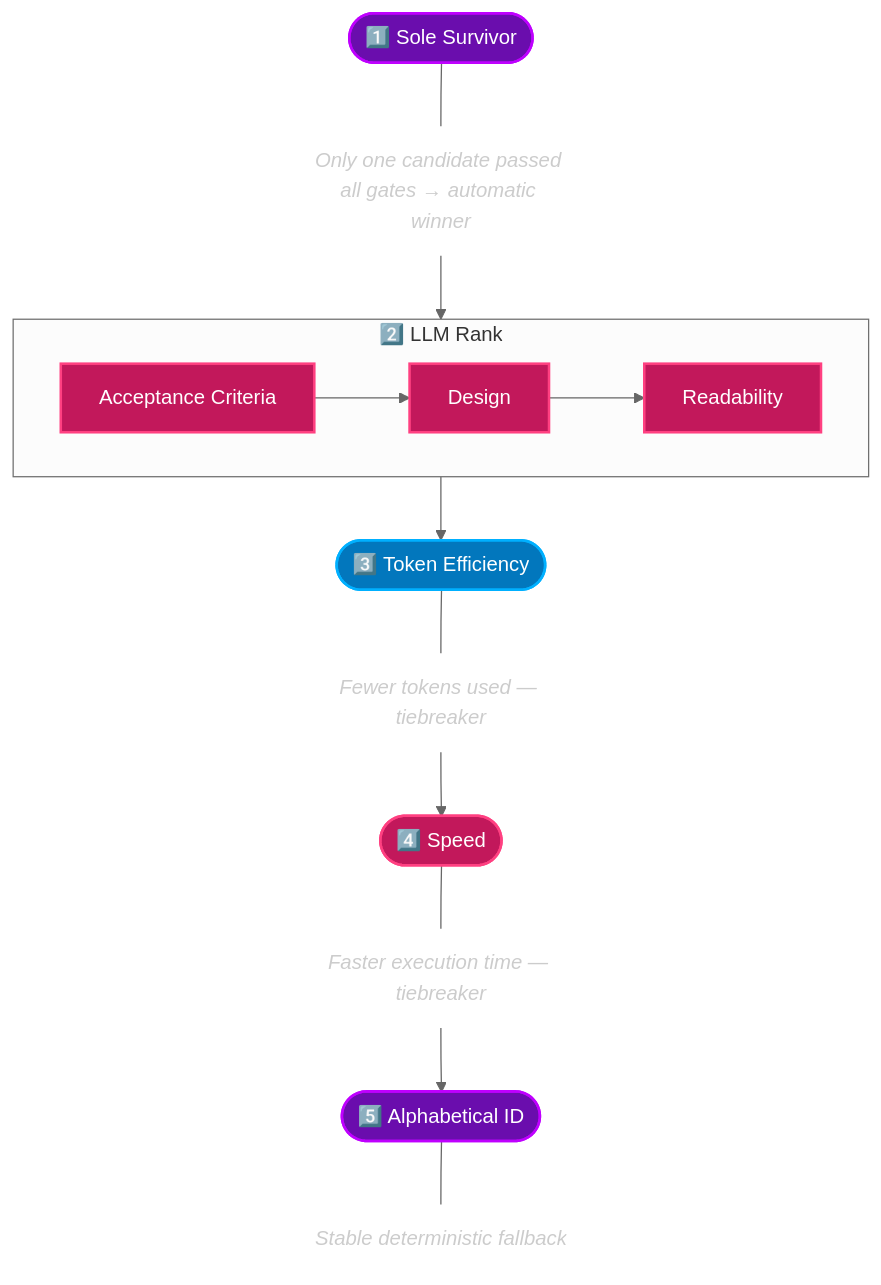
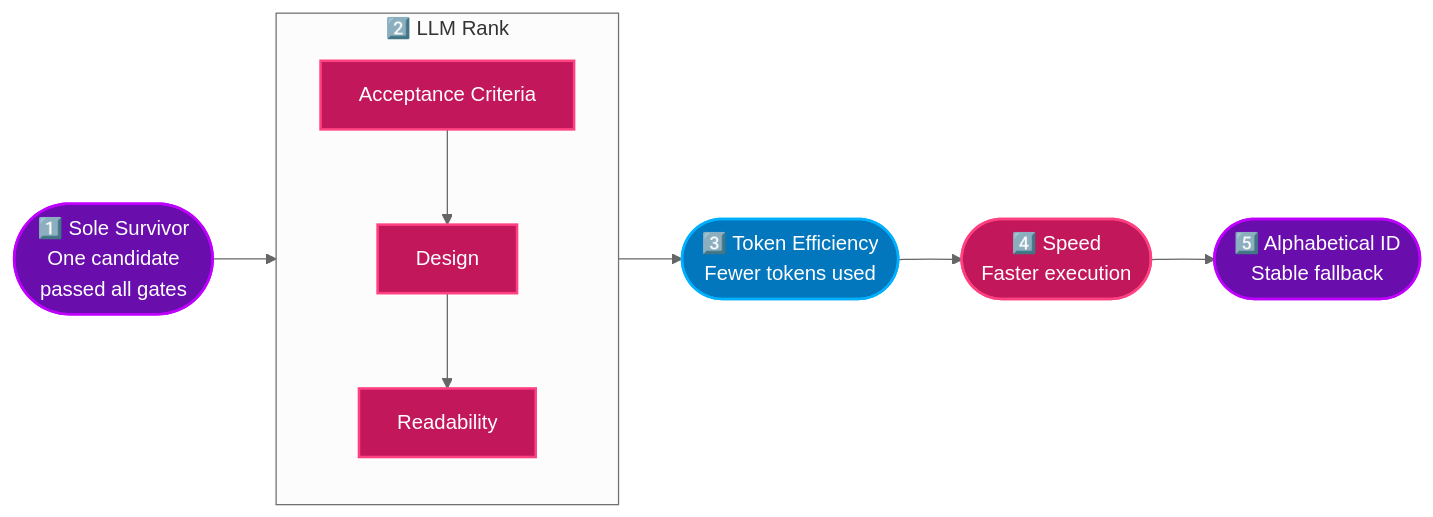
Before and after one commit to azurenerd/VirtualDevTeam: the third of 3 diagrams in README.md, drawn with Mermaid (neutral theme).

Commit message:
Make winner selection diagram horizontal with vertical LLM Rank stack
- Main flow is LR (left-to-right) to save vertical space
- LLM Rank subgraph stacks its 3 criteria vertically (TB)
- Descriptions inlined into stadium nodes instead of separate desc nodes

````diff
--- a/README.md
+++ b/README.md
@@ -334,34 +334,24 @@
 ```mermaid
-flowchart TB
-    S1(["1️⃣ Sole Survivor"])
-    S1D["Only one candidate passed all gates → automatic winner"]
+flowchart LR
+    S1(["1️⃣ Sole Survivor<br/>One candidate<br/>passed all gates"])
 
     subgraph S2G["2️⃣ LLM Rank"]
-        direction LR
+        direction TB
         AC["Acceptance Criteria"] --> DS["Design"] --> RD["Readability"]
     end
 
-    S3(["3️⃣ Token Efficiency"])
-    S3D["Fewer tokens used — tiebreaker"]
+    S3(["3️⃣ Token Efficiency<br/>Fewer tokens used"])
+    S4(["4️⃣ Speed<br/>Faster execution"])
+    S5(["5️⃣ Alphabetical ID<br/>Stable fallback"])
 
-    S4(["4️⃣ Speed"])
-    S4D["Faster execution time — tiebreaker"]
-
-    S5(["5️⃣ Alphabetical ID"])
-    S5D["Stable deterministic fallback"]
-
-    S1 --- S1D --> S2G --> S3
-    S3 --- S3D --> S4
-    S4 --- S4D --> S5 --- S5D
+    S1 --> S2G --> S3 --> S4 --> S5
 
     classDef purple fill:#6a0dad,stroke:#bf00ff,stroke-width:2px,color:#fff
     classDef pink fill:#c2185b,stroke:#ff4081,stroke-width:2px,color:#fff
     classDef blue fill:#0277bd,stroke:#00b0ff,stroke-width:2px,color:#fff
-    classDef desc fill:none,stroke:none,color:#ccc,font-style:italic
 
     class S1,S5 purple
     class AC,DS,RD pink
     class S3 blue
     class S4 pink
-    class S1D,S3D,S4D,S5D desc
 ```
````
